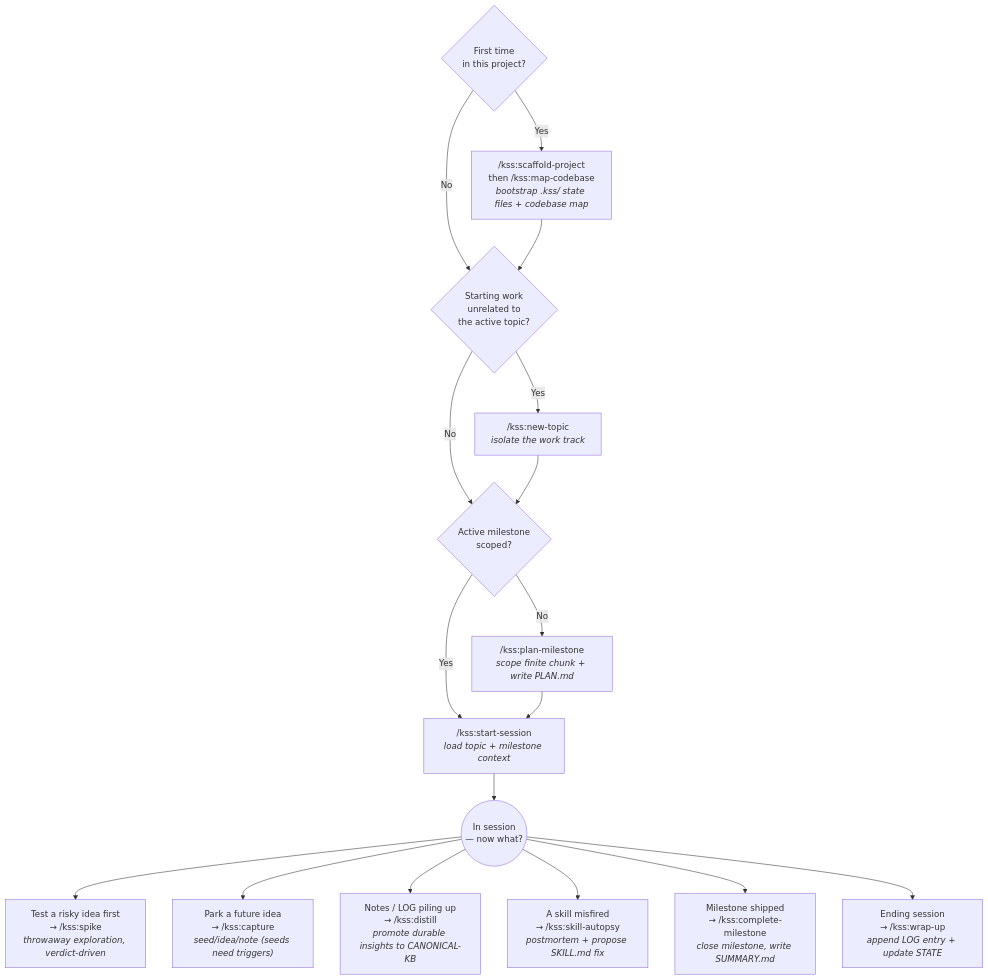
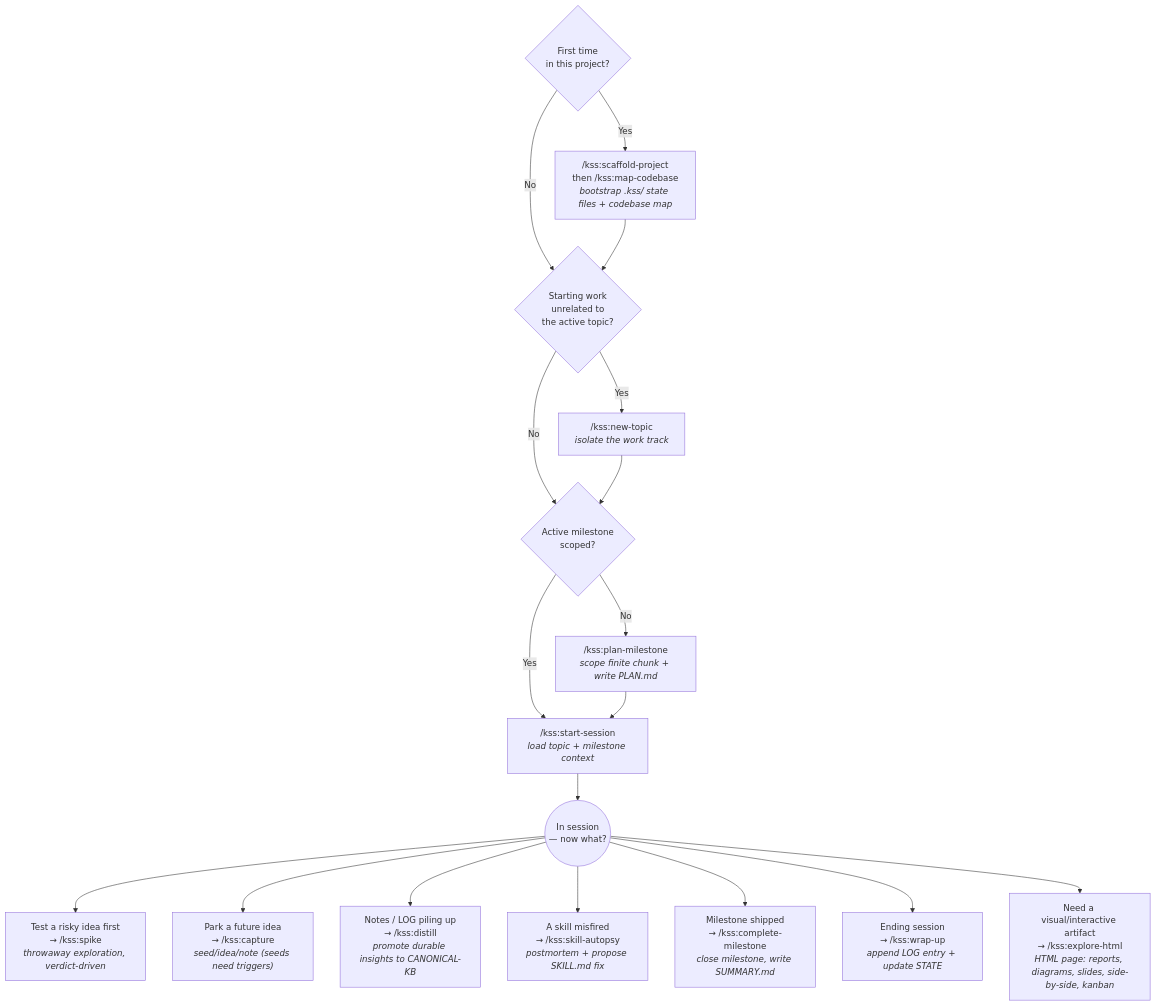
Before and after one commit to fnneves/kss-plugins: the diagram in plugins/kss/README.md, drawn with Mermaid. The commit also changed other lines of this file and 2 other files, not shown here.

First line of the commit message:
kss: v0.2.0 — surface explore-html in docs, reclassify spike to Session

````diff
--- a/plugins/kss/README.md
+++ b/plugins/kss/README.md
@@ -29,27 +30,28 @@
 ```mermaid
 flowchart TD
     Setup{"First time<br/>in this project?"}
     Setup -->|Yes| ScafMap["/kss:scaffold-project<br/>then /kss:map-codebase<br/><i>bootstrap .kss/ state files + codebase map</i>"]
     Setup -->|No| Topic{"Starting work<br/>unrelated to<br/>the active topic?"}
 
     ScafMap --> Topic
 
     Topic -->|Yes| NewT["/kss:new-topic<br/><i>isolate the work track</i>"]
     Topic -->|No| Mile{"Active milestone<br/>scoped?"}
 
     NewT --> Mile
 
     Mile -->|No| Plan["/kss:plan-milestone<br/><i>scope finite chunk + write PLAN.md</i>"]
     Mile -->|Yes| Sess["/kss:start-session<br/><i>load topic + milestone context</i>"]
 
     Plan --> Sess
 
     Sess --> Work(("In session<br/>— now what?"))
 
     Work --> W1["Test a risky idea first<br/>→ /kss:spike<br/><i>throwaway exploration, verdict-driven</i>"]
     Work --> W2["Park a future idea<br/>→ /kss:capture<br/><i>seed/idea/note (seeds need triggers)</i>"]
     Work --> W3["Notes / LOG piling up<br/>→ /kss:distill<br/><i>promote durable insights to CANONICAL-KB</i>"]
     Work --> W4["A skill misfired<br/>→ /kss:skill-autopsy<br/><i>postmortem + propose SKILL.md fix</i>"]
     Work --> W5["Milestone shipped<br/>→ /kss:complete-milestone<br/><i>close milestone, write SUMMARY.md</i>"]
     Work --> W6["Ending session<br/>→ /kss:wrap-up<br/><i>append LOG entry + update STATE</i>"]
+    Work --> W7["Need a visual/interactive artifact<br/>→ /kss:explore-html<br/><i>HTML page: reports, diagrams, slides, side-by-side, kanban</i>"]
 ```
````
